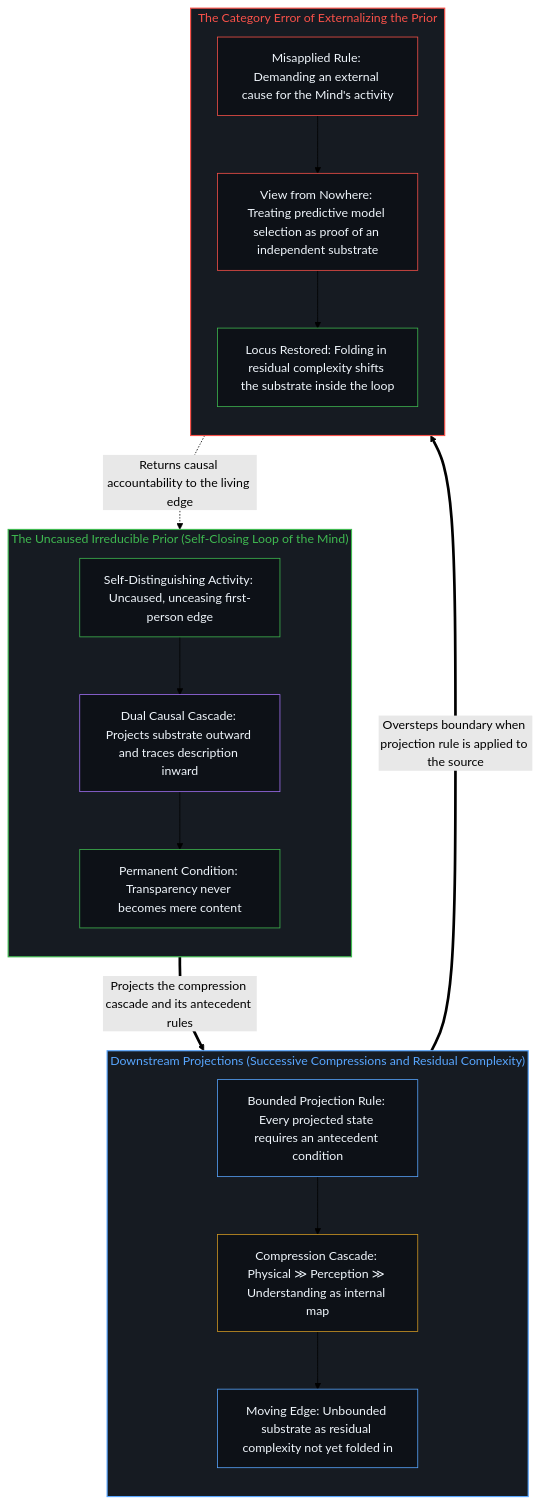
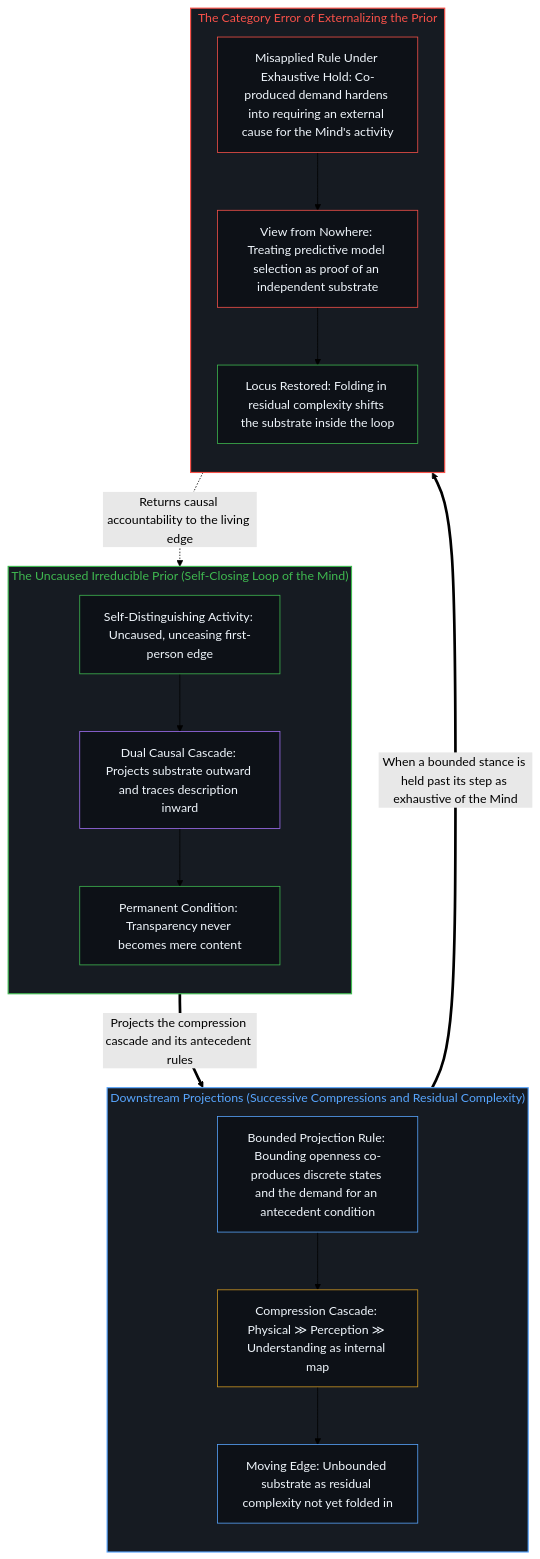
The second of 2 diagrams in content/posts/causality-and-the-irreducible-prior.md (powerpig99/not-a-toe), drawn with Mermaid (forest theme) before and after one commit. The commit also changed other lines of this file and 18 other files, not shown here.

Commit message:
sleep(L1): refine 18 nodes against observation-distinguishing-activity-and-the-open-ground-of-mind

````diff
--- a/content/posts/causality-and-the-irreducible-prior.md
+++ b/content/posts/causality-and-the-irreducible-prior.md
@@ -77,39 +77,39 @@
 ```mermaid
 flowchart TD
     subgraph S_Prior["The Uncaused Irreducible Prior (Self-Closing Loop of the Mind)"]
         direction TB
         P_Act["Self-Distinguishing Activity: Uncaused, unceasing first-person edge"]
         P_Fold["Dual Causal Cascade: Projects substrate outward and traces description inward"]
         P_Close["Permanent Condition: Transparency never becomes mere content"]
         P_Act --> P_Fold --> P_Close
     end
     subgraph S_Proj["Downstream Projections (Successive Compressions and Residual Complexity)"]
         direction TB
-        D_Rule["Bounded Projection Rule: Every projected state requires an antecedent condition"]
+        D_Rule["Bounded Projection Rule: Bounding openness co-produces discrete states and the demand for an antecedent condition"]
         D_Hierarchy["Compression Cascade: Physical ≫ Perception ≫ Understanding as internal map"]
         D_Agent["Moving Edge: Unbounded substrate as residual complexity not yet folded in"]
         D_Rule --> D_Hierarchy --> D_Agent
     end
     subgraph S_Inversion["The Category Error of Externalizing the Prior"]
         direction TB
-        E_Demand["Misapplied Rule: Demanding an external cause for the Mind's activity"]
+        E_Demand["Misapplied Rule Under Exhaustive Hold: Co-produced demand hardens into requiring an external cause for the Mind's activity"]
         E_Nowhere["View from Nowhere: Treating predictive model selection as proof of an independent substrate"]
         E_Dissolve["Locus Restored: Folding in residual complexity shifts the substrate inside the loop"]
         E_Demand --> E_Nowhere --> E_Dissolve
     end
     P_Close ==>|"Projects the compression cascade and its antecedent rules"| D_Rule
-    D_Agent ==>|"Oversteps boundary when projection rule is applied to the source"| E_Demand
+    D_Agent ==>|"When a bounded stance is held past its step as exhaustive of the Mind"| E_Demand
     E_Dissolve -.->|"Returns causal accountability to the living edge"| P_Act
     style S_Prior fill:#161b22,stroke:#3fb950,stroke-width:1.5px,color:#3fb950
     style S_Proj fill:#161b22,stroke:#58a6ff,stroke-width:1.5px,color:#58a6ff
     style S_Inversion fill:#161b22,stroke:#f85149,stroke-width:1.5px,color:#f85149
     style P_Act fill:#0d1117,stroke:#3fb950,stroke-width:1px,color:#f0f6fc
     style P_Fold fill:#0d1117,stroke:#a371f7,stroke-width:1px,color:#f0f6fc
     style P_Close fill:#0d1117,stroke:#3fb950,stroke-width:1px,color:#f0f6fc
     style D_Rule fill:#0d1117,stroke:#58a6ff,stroke-width:1px,color:#f0f6fc
     style D_Hierarchy fill:#0d1117,stroke:#d29922,stroke-width:1px,color:#f0f6fc
     style D_Agent fill:#0d1117,stroke:#58a6ff,stroke-width:1px,color:#f0f6fc
     style E_Demand fill:#0d1117,stroke:#f85149,stroke-width:1px,color:#f0f6fc
     style E_Nowhere fill:#0d1117,stroke:#f85149,stroke-width:1px,color:#f0f6fc
     style E_Dissolve fill:#0d1117,stroke:#3fb950,stroke-width:1px,color:#f0f6fc
 ```
````
